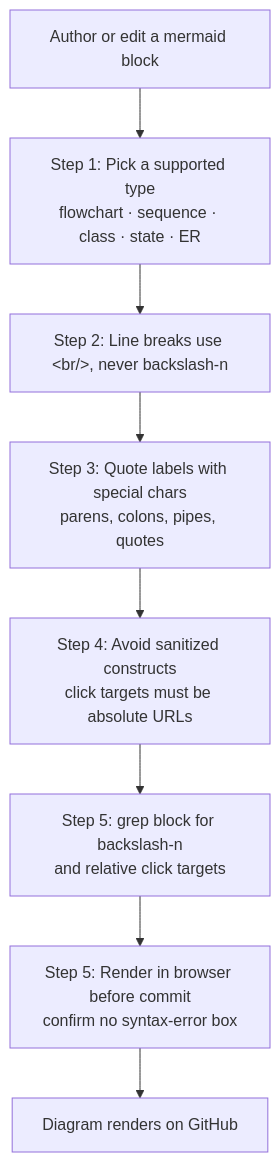
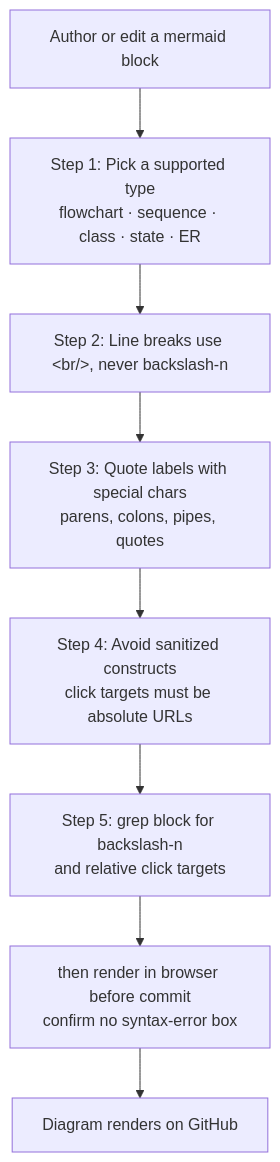
Before and after one commit to whizzzkid/skills: the diagram in skills/mermaid/README.md, drawn with Mermaid. The commit also changed other lines of this file and 3 other files, not shown here.

````diff
--- a/skills/mermaid/README.md
+++ b/skills/mermaid/README.md
@@ -16,10 +16,10 @@
 ```mermaid
 flowchart TD
     A["Author or edit a mermaid block"] --> B["Step 1: Pick a supported type<br/>flowchart · sequence · class · state · ER"]
     B --> C["Step 2: Line breaks use &lt;br/&gt;, never backslash-n"]
     C --> D["Step 3: Quote labels with special chars<br/>parens, colons, pipes, quotes"]
     D --> E["Step 4: Avoid sanitized constructs<br/>click targets must be absolute URLs"]
     E --> H["Step 5: grep block for backslash-n<br/>and relative click targets"]
-    H --> G["Step 5: Render in browser before commit<br/>confirm no syntax-error box"]
+    H --> G["then render in browser before commit<br/>confirm no syntax-error box"]
     G --> I["Diagram renders on GitHub"]
 ```
````
